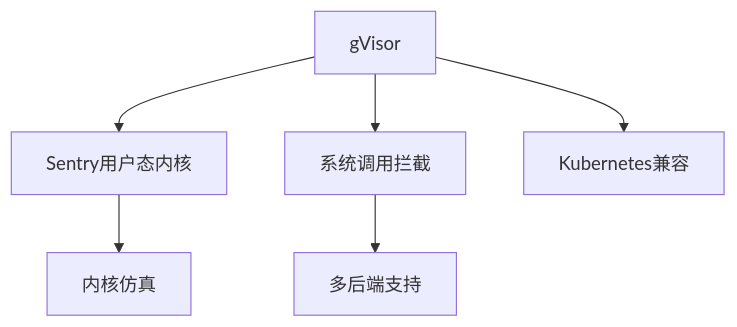
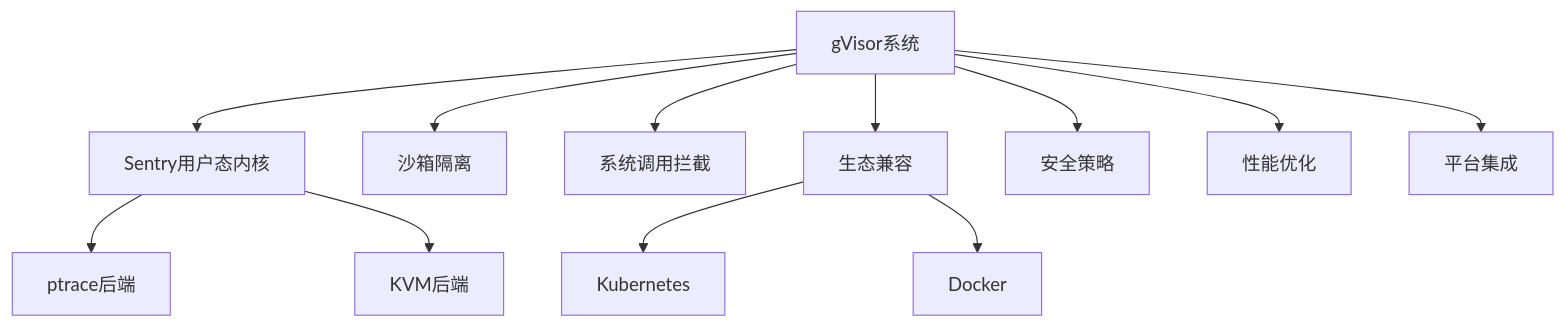
One commit to AdaMartin18010/SystemOSIOT changed the diagram in 7.容器与微服务/7.1 知识梳理/7.1.6.1.1.2 gVisor原理与应用.md. Above: the diagram before and after it, drawn with Mermaid. The commit also changed other lines of this file and 19 other files, not shown here.

````diff
--- a/7.容器与微服务/7.1 知识梳理/7.1.6.1.1.2 gVisor原理与应用.md
+++ b/7.容器与微服务/7.1 知识梳理/7.1.6.1.1.2 gVisor原理与应用.md
@@ -41,8 +47,14 @@
 ```mermaid
-graph TD
-    A[gVisor] --> B[Sentry用户态内核]
-    A --> C[系统调用拦截]
-    B --> D[内核仿真]
-    C --> E[多后端支持]
-    A --> F[Kubernetes兼容]
+graph TD;
+  gVisor[gVisor系统] --> Sentry[Sentry用户态内核];
+  gVisor --> Sandbox[沙箱隔离];
+  gVisor --> Syscall[系统调用拦截];
+  gVisor --> Compatibility[生态兼容];
+  gVisor --> Security[安全策略];
+  gVisor --> Performance[性能优化];
+  gVisor --> Integration[平台集成];
+  Sentry --> Ptrace[ptrace后端];
+  Sentry --> KVM[KVM后端];
+  Compatibility --> K8s[Kubernetes];
+  Compatibility --> Docker[Docker];
 ```
````
